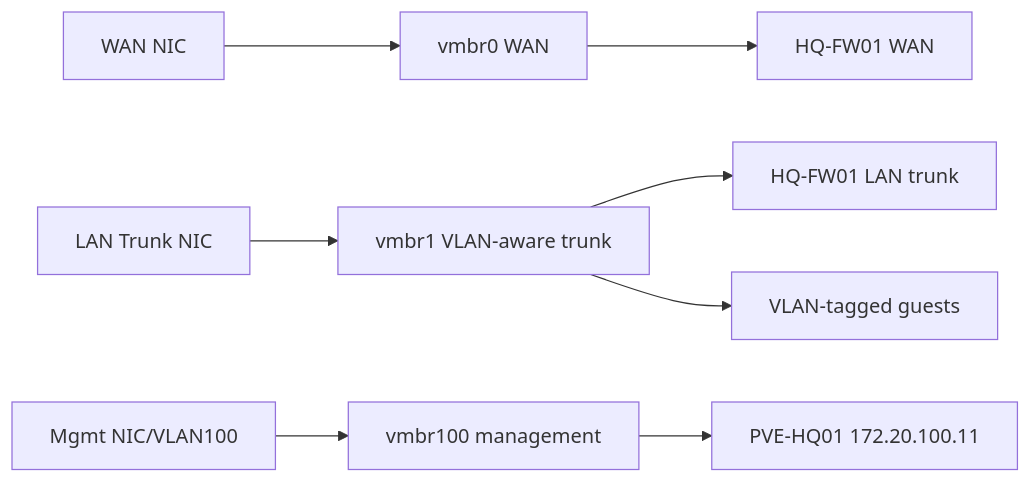
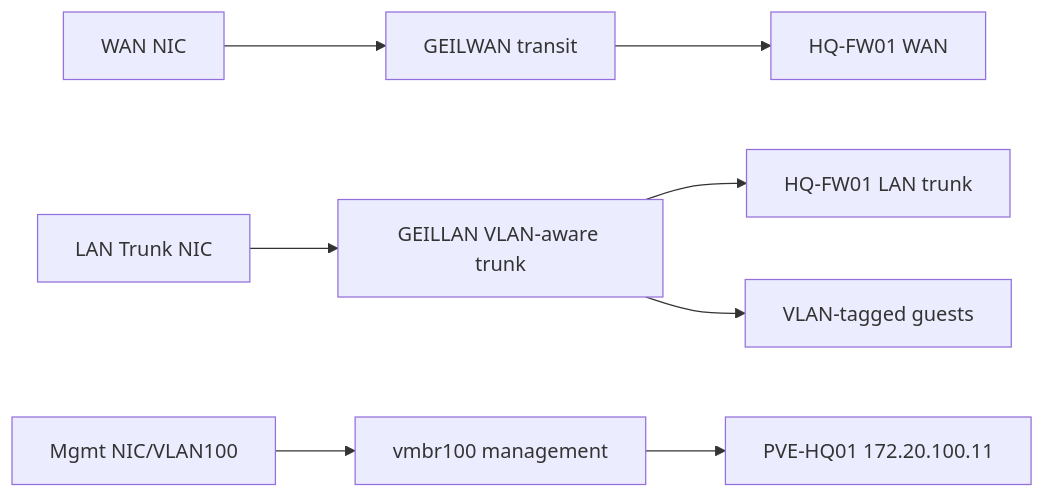
Before and after one commit to gntech-dev/geil-enterprise-docs: the second of 3 diagrams in docs/platform/proxmox-hq-foundation-implementation.md, drawn with Mermaid. The commit also changed other lines of this file and 25 other files, not shown here.

````diff
--- a/docs/platform/proxmox-hq-foundation-implementation.md
+++ b/docs/platform/proxmox-hq-foundation-implementation.md
@@ -232,10 +245,10 @@
 ```mermaid
 flowchart LR
-    WAN[WAN NIC] --> vmbr0[vmbr0 WAN]
-    Trunk[LAN Trunk NIC] --> vmbr1[vmbr1 VLAN-aware trunk]
+    WAN[WAN NIC] --> vmbr0[GEILWAN transit]
+    Trunk[LAN Trunk NIC] --> vmbr1[GEILLAN VLAN-aware trunk]
     Mgmt[Mgmt NIC/VLAN100] --> vmbr100[vmbr100 management]
     vmbr0 --> FW[HQ-FW01 WAN]
     vmbr1 --> FWLAN[HQ-FW01 LAN trunk]
     vmbr1 --> Guests[VLAN-tagged guests]
     vmbr100 --> PVE[PVE-HQ01 172.20.100.11]
 ```
````
